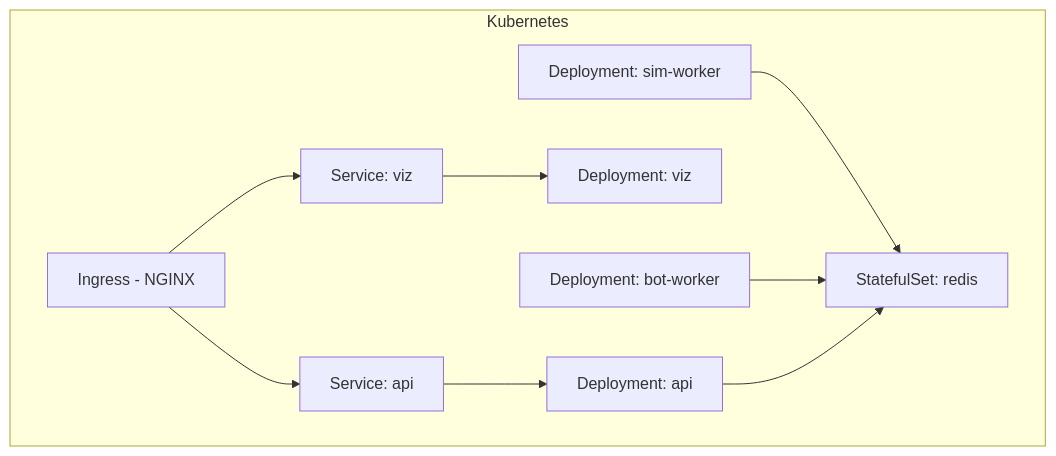
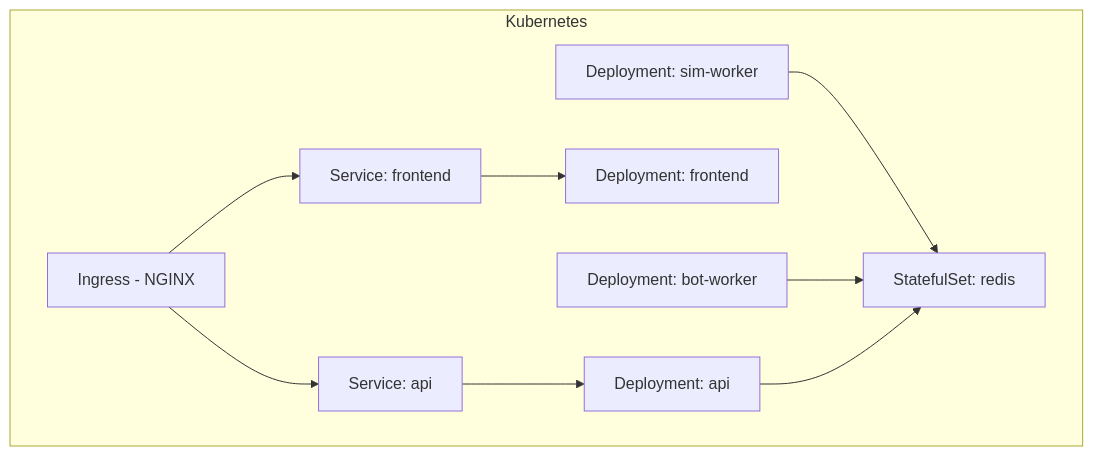
Before and after one commit to jseketa-fipu/sector: the third of 4 diagrams in README.md, drawn with Mermaid. The commit also changed other lines of this file and 8 other files, not shown here.

Commit message:
Refactored everything from viz to frontend.

````diff
--- a/README.md
+++ b/README.md
@@ -203,19 +203,19 @@
 ```mermaid
 flowchart TB
   subgraph Kubernetes
     INGRESS[Ingress - NGINX]
     API_SVC[Service: api]
-    VIZ_SVC[Service: viz]
+    FRONTEND_SVC[Service: frontend]
     API_POD[Deployment: api]
-    VIZ_POD[Deployment: viz]
+    FRONTEND_POD[Deployment: frontend]
     WORKER_POD[Deployment: sim-worker]
     BOT_POD[Deployment: bot-worker]
     REDIS_POD[StatefulSet: redis]
   end
 
   INGRESS --> API_SVC --> API_POD
-  INGRESS --> VIZ_SVC --> VIZ_POD
+  INGRESS --> FRONTEND_SVC --> FRONTEND_POD
   WORKER_POD --> REDIS_POD
   BOT_POD --> REDIS_POD
   API_POD --> REDIS_POD
 ```
````
